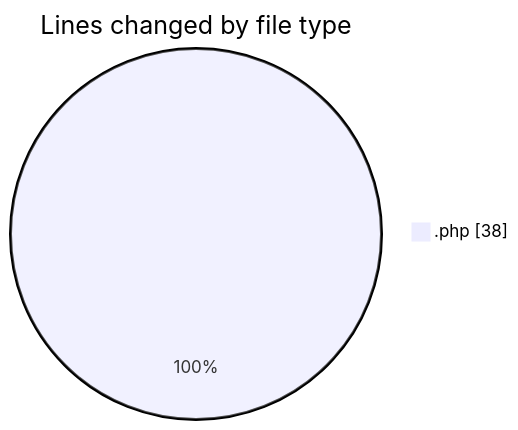
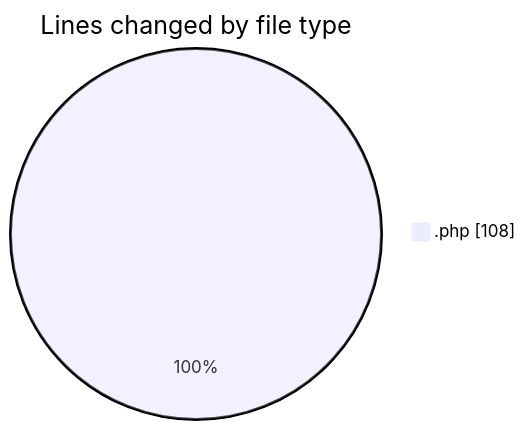
The first of 2 diagrams in 2025-06-02/studio-backend/README.md (idhammustaqopulfikri/code-tracking), drawn with Mermaid before and after one commit. The commit also changed other lines of this file and 1 other file, not shown here.

````diff
--- a/2025-06-02/studio-backend/README.md
+++ b/2025-06-02/studio-backend/README.md
@@ -20,5 +21,5 @@
 ```mermaid
 pie showData
 title Lines changed by file type
-".php" : 38
+".php" : 108
 ```
````
